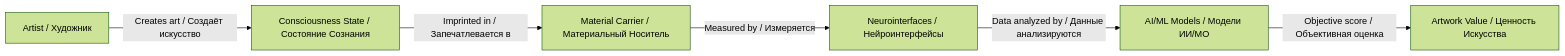
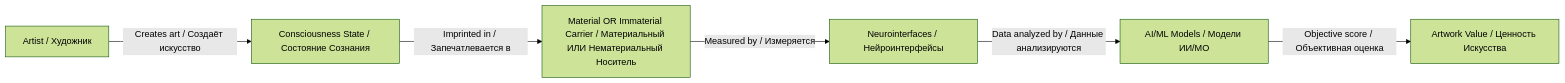
One commit to AdvancedScientificResearchProjects/Axionetic_Sensing_Reactions_Platform_in_Art changed the diagram in README.md. Above: the diagram before and after it, drawn with Mermaid (forest theme). The commit also changed other lines of this file, not shown here.

First line of the commit message:
Update README with correct terminology: Material and Immaterial Carriers

````diff
--- a/README.md
+++ b/README.md
@@ -88,8 +88,8 @@
 ```mermaid
 flowchart LR
     A[Artist / Художник] -->|Creates art / Создаёт искусство| B[Consciousness State / Состояние Сознания]
-    B -->|Imprinted in / Запечатлевается в| C[Material Carrier / Материальный Носитель]
+    B -->|Imprinted in / Запечатлевается в| C[Material OR Immaterial Carrier / Материальный ИЛИ Нематериальный Носитель]
     C -->|Measured by / Измеряется| D[Neurointerfaces / Нейроинтерфейсы]
     D -->|Data analyzed by / Данные анализируются| E[AI/ML Models / Модели ИИ/МО]
     E -->|Objective score / Объективная оценка| F[Artwork Value / Ценность Искусства]
 ```
````
